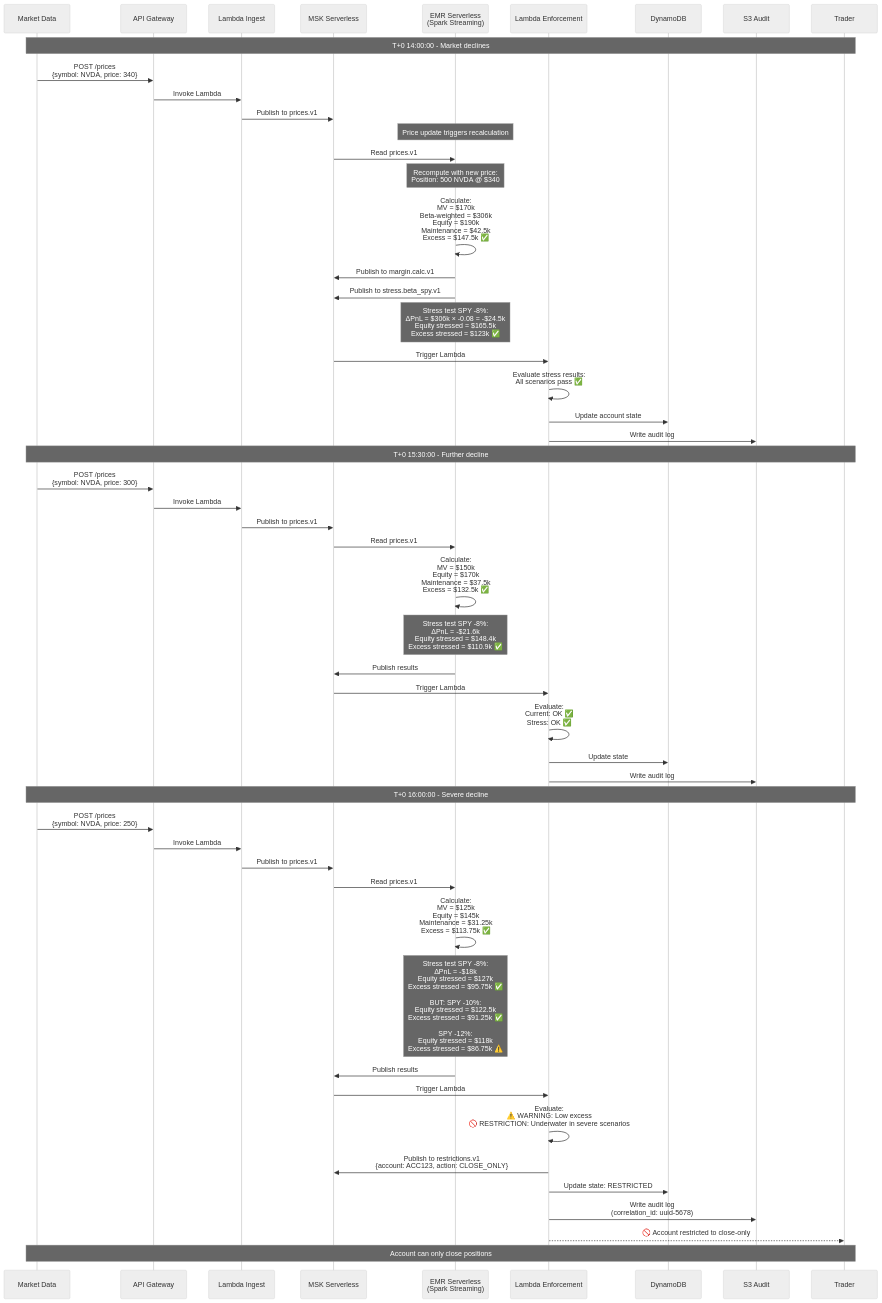
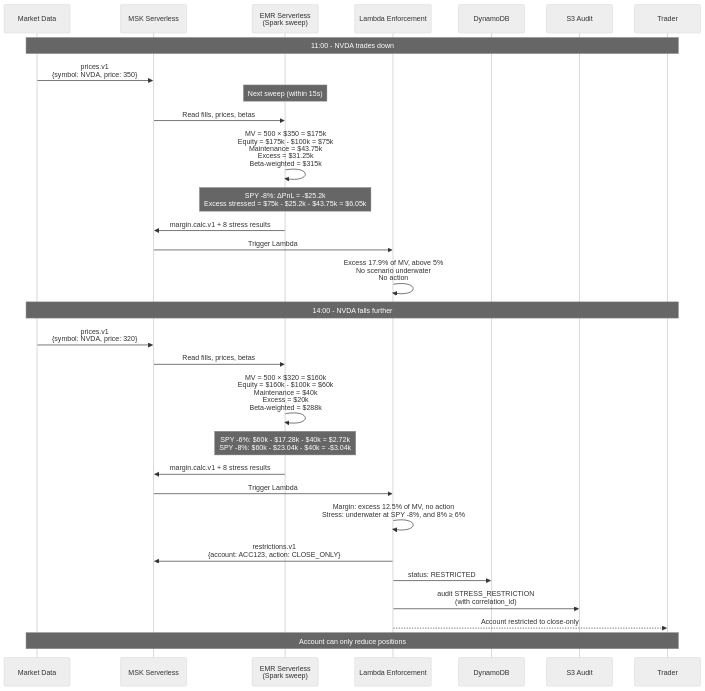
The second of 3 diagrams in content/posts/2026/02/finra-4210-margin-risk-monitor/index.md (lukelittle/homepage), drawn with Mermaid (neutral theme) before and after one commit. The commit also changed other lines of this file, not shown here.

Commit message:
FINRA 4210 draft: rebuild worked examples with leveraged account, unify scenario grid and escalation ladder, fix costs

````diff
--- a/content/posts/2026/02/finra-4210-margin-risk-monitor/index.md
+++ b/content/posts/2026/02/finra-4210-margin-risk-monitor/index.md
@@ -324,85 +408,52 @@
 ```mermaid
 sequenceDiagram
     participant Market as Market Data
-    participant API as API Gateway
-    participant Ingest as Lambda Ingest
     participant Kafka as MSK Serverless
-    participant Spark as EMR Serverless<br/>(Spark Streaming)
+    participant Spark as EMR Serverless<br/>(Spark sweep)
     participant Enforcement as Lambda Enforcement
     participant DDB as DynamoDB
     participant S3 as S3 Audit
     participant Trader
 
-    Note over Market,Trader: T+0 14:00:00 - Market declines
+    Note over Market,Trader: 11:00 - NVDA trades down
 
-    Market->>API: POST /prices<br/>{symbol: NVDA, price: 340}
-    API->>Ingest: Invoke Lambda
-    Ingest->>Kafka: Publish to prices.v1
-    
-    Note over Spark: Price update triggers recalculation
-    
-    Kafka->>Spark: Read prices.v1
-    
-    Note over Spark: Recompute with new price:<br/>Position: 500 NVDA @ $340
-    
-    Spark->>Spark: Calculate:<br/>MV = $170k<br/>Beta-weighted = $306k<br/>Equity = $190k<br/>Maintenance = $42.5k<br/>Excess = $147.5k ✅
-    
-    Spark->>Kafka: Publish to margin.calc.v1
-    Spark->>Kafka: Publish to stress.beta_spy.v1
-    
-    Note over Spark: Stress test SPY -8%:<br/>ΔPnL = $306k × -0.08 = -$24.5k<br/>Equity stressed = $165.5k<br/>Excess stressed = $123k ✅
-    
+    Market->>Kafka: prices.v1<br/>{symbol: NVDA, price: 350}
+
+    Note over Spark: Next sweep (within 15s)
+
+    Kafka->>Spark: Read fills, prices, betas
+
+    Spark->>Spark: MV = 500 × $350 = $175k<br/>Equity = $175k - $100k = $75k<br/>Maintenance = $43.75k<br/>Excess = $31.25k<br/>Beta-weighted = $315k
+
+    Note over Spark: SPY -8%: ΔPnL = -$25.2k<br/>Excess stressed = $75k - $25.2k - $43.75k = $6.05k
+
+    Spark->>Kafka: margin.calc.v1 + 8 stress results
+
     Kafka->>Enforcement: Trigger Lambda
-    
-    Enforcement->>Enforcement: Evaluate stress results:<br/>All scenarios pass ✅
-    
-    Enforcement->>DDB: Update account state
-    Enforcement->>S3: Write audit log
-    
-    Note over Market,Trader: T+0 15:30:00 - Further decline
-    
-    Market->>API: POST /prices<br/>{symbol: NVDA, price: 300}
-    API->>Ingest: Invoke Lambda
-    Ingest->>Kafka: Publish to prices.v1
-    
-    Kafka->>Spark: Read prices.v1
-    
-    Spark->>Spark: Calculate:<br/>MV = $150k<br/>Equity = $170k<br/>Maintenance = $37.5k<br/>Excess = $132.5k ✅
-    
-    Note over Spark: Stress test SPY -8%:<br/>ΔPnL = -$21.6k<br/>Equity stressed = $148.4k<br/>Excess stressed = $110.9k ✅
-    
-    Spark->>Kafka: Publish results
-    
+
+    Enforcement->>Enforcement: Excess 17.9% of MV, above 5%<br/>No scenario underwater<br/>No action
+
+    Note over Market,Trader: 14:00 - NVDA falls further
+
+    Market->>Kafka: prices.v1<br/>{symbol: NVDA, price: 320}
+
+    Kafka->>Spark: Read fills, prices, betas
+
+    Spark->>Spark: MV = 500 × $320 = $160k<br/>Equity = $160k - $100k = $60k<br/>Maintenance = $40k<br/>Excess = $20k<br/>Beta-weighted = $288k
+
+    Note over Spark: SPY -6%: $60k - $17.28k - $40k = $2.72k<br/>SPY -8%: $60k - $23.04k - $40k = -$3.04k
+
+    Spark->>Kafka: margin.calc.v1 + 8 stress results
+
     Kafka->>Enforcement: Trigger Lambda
-    
-    Enforcement->>Enforcement: Evaluate:<br/>Current: OK ✅<br/>Stress: OK ✅
-    
-    Enforcement->>DDB: Update state
-    Enforcement->>S3: Write audit log
-    
-    Note over Market,Trader: T+0 16:00:00 - Severe decline
-    
-    Market->>API: POST /prices<br/>{symbol: NVDA, price: 250}
-    API->>Ingest: Invoke Lambda
-    Ingest->>Kafka: Publish to prices.v1
-    
-    Kafka->>Spark: Read prices.v1
-    
-    Spark->>Spark: Calculate:<br/>MV = $125k<br/>Equity = $145k<br/>Maintenance = $31.25k<br/>Excess = $113.75k ✅
-    
-    Note over Spark: Stress test SPY -8%:<br/>ΔPnL = -$18k<br/>Equity stressed = $127k<br/>Excess stressed = $95.75k ✅<br/><br/>BUT: SPY -10%:<br/>Equity stressed = $122.5k<br/>Excess stressed = $91.25k ✅<br/><br/>SPY -12%:<br/>Equity stressed = $118k<br/>Excess stressed = $86.75k ⚠️
-    
-    Spark->>Kafka: Publish results
-    
-    Kafka->>Enforcement: Trigger Lambda
-    
-    Enforcement->>Enforcement: Evaluate:<br/>⚠️ WARNING: Low excess<br/>🚫 RESTRICTION: Underwater in severe scenarios
-    
-    Enforcement->>Kafka: Publish to restrictions.v1<br/>{account: ACC123, action: CLOSE_ONLY}
-    Enforcement->>DDB: Update state: RESTRICTED
-    Enforcement->>S3: Write audit log<br/>(correlation_id: uuid-5678)
-    
-    Enforcement-->>Trader: 🚫 Account restricted to close-only
-    
-    Note over Market,Trader: Account can only close positions
+
+    Enforcement->>Enforcement: Margin: excess 12.5% of MV, no action<br/>Stress: underwater at SPY -8%, and 8% ≥ 6%
+
+    Enforcement->>Kafka: restrictions.v1<br/>{account: ACC123, action: CLOSE_ONLY}
+    Enforcement->>DDB: status: RESTRICTED
+    Enforcement->>S3: audit STRESS_RESTRICTION<br/>(with correlation_id)
+
+    Enforcement-->>Trader: Account restricted to close-only
+
+    Note over Market,Trader: Account can only reduce positions
 ```
````
